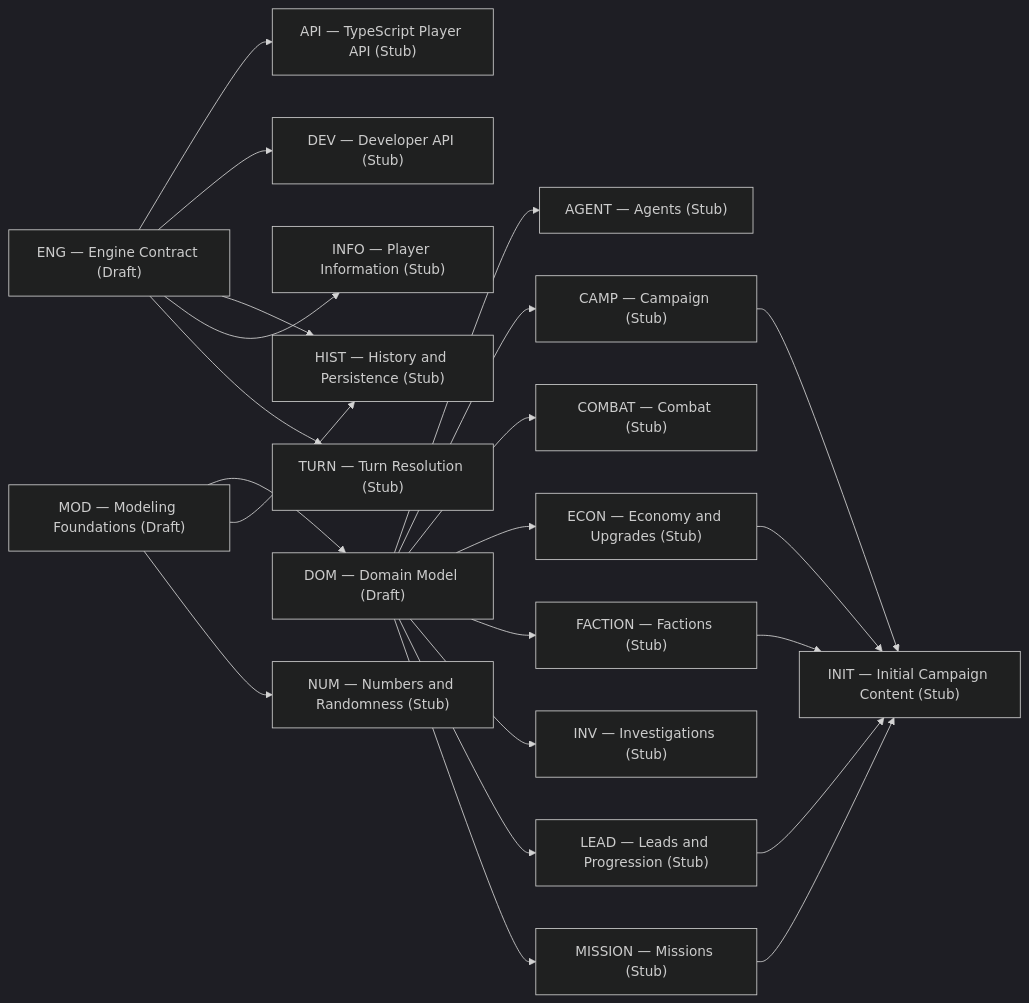
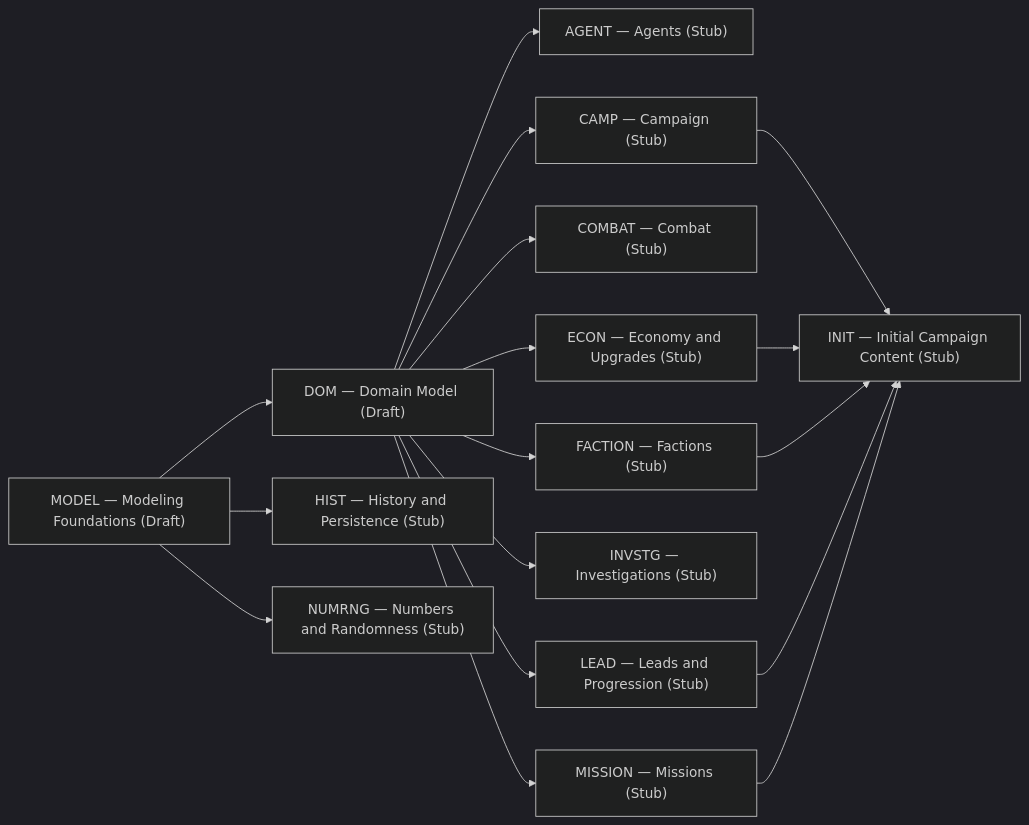
One commit to konrad-jamrozik/game-v5 changed the first of 2 diagrams in docs/derived/relationships/refines.md. Above: the diagram before and after it, drawn with Mermaid (dark theme). The commit also changed 16 other files, not shown here.

Commit message:
Rename specification IDs and reorganize relationship diagrams

````diff
--- a/docs/derived/relationships/refines.md
+++ b/docs/derived/relationships/refines.md
@@ -11,42 +13,32 @@
 ```mermaid
 flowchart LR
   AGENT["AGENT — Agents (Stub)"]
-  API["API — TypeScript Player API (Stub)"]
   CAMP["CAMP — Campaign (Stub)"]
   COMBAT["COMBAT — Combat (Stub)"]
-  DEV["DEV — Developer API (Stub)"]
   DOM["DOM — Domain Model (Draft)"]
   ECON["ECON — Economy and Upgrades (Stub)"]
-  ENG["ENG — Engine Contract (Draft)"]
   FACTION["FACTION — Factions (Stub)"]
   HIST["HIST — History and Persistence (Stub)"]
-  INFO["INFO — Player Information (Stub)"]
   INIT["INIT — Initial Campaign Content (Stub)"]
-  INV["INV — Investigations (Stub)"]
+  INVSTG["INVSTG — Investigations (Stub)"]
   LEAD["LEAD — Leads and Progression (Stub)"]
   MISSION["MISSION — Missions (Stub)"]
-  MOD["MOD — Modeling Foundations (Draft)"]
-  NUM["NUM — Numbers and Randomness (Stub)"]
-  TURN["TURN — Turn Resolution (Stub)"]
+  MODEL["MODEL — Modeling Foundations (Draft)"]
+  NUMRNG["NUMRNG — Numbers and Randomness (Stub)"]
   CAMP --> INIT
   DOM --> AGENT
   DOM --> CAMP
   DOM --> COMBAT
   DOM --> ECON
   DOM --> FACTION
-  DOM --> INV
+  DOM --> INVSTG
   DOM --> LEAD
   DOM --> MISSION
   ECON --> INIT
-  ENG --> API
-  ENG --> DEV
-  ENG --> HIST
-  ENG --> INFO
-  ENG --> TURN
   FACTION --> INIT
   LEAD --> INIT
   MISSION --> INIT
-  MOD --> DOM
-  MOD --> HIST
-  MOD --> NUM
+  MODEL --> DOM
+  MODEL --> HIST
+  MODEL --> NUMRNG
 ```
````
